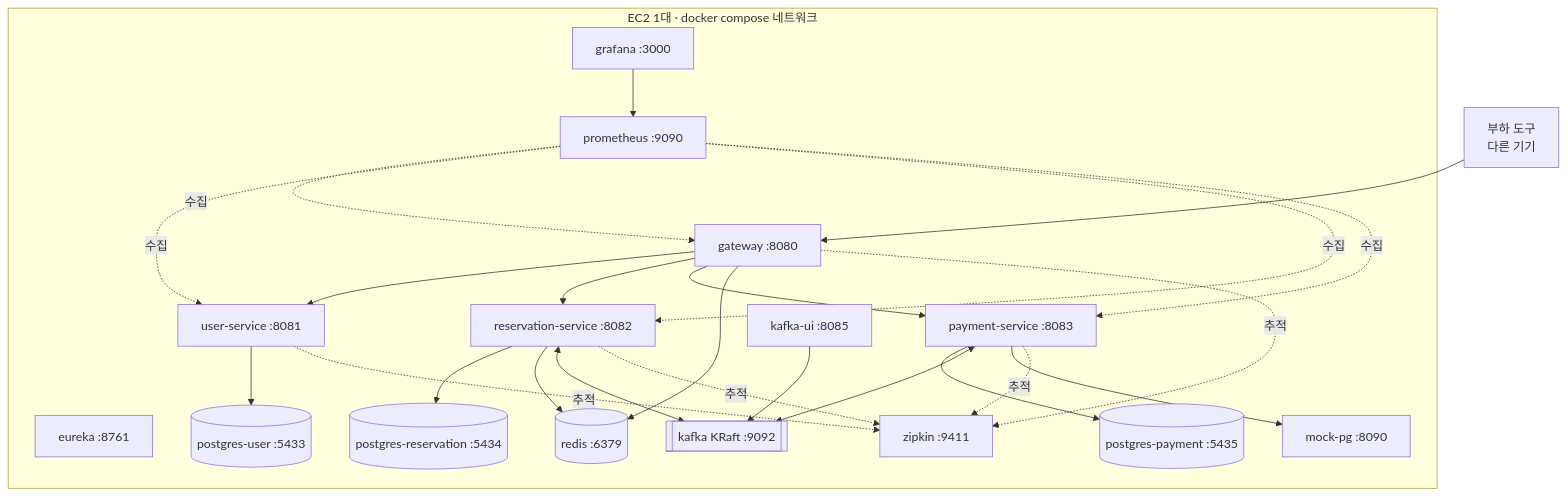
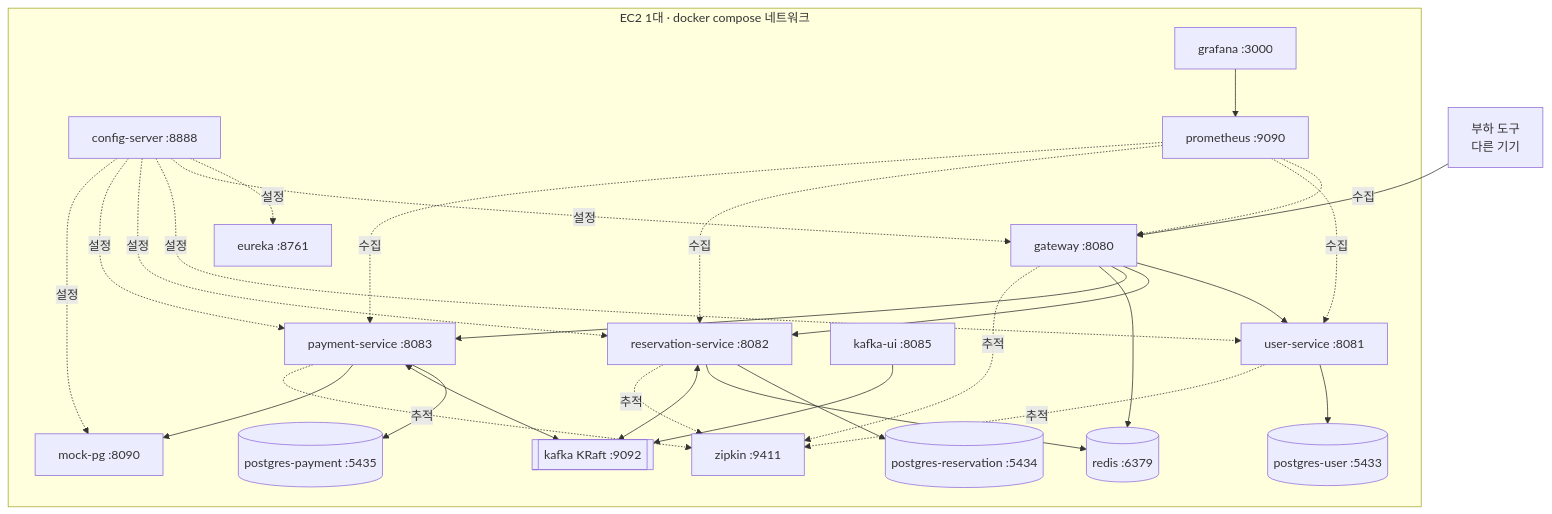
The fourth of 6 diagrams in docs/core/SA MASTER.md (iseonjwa/high-quality-ticketing-system), drawn with Mermaid before and after one commit. The commit also changed other lines of this file, not shown here.

Commit message:
docs(docs): SA MASTER에 Java 21과 Config Server, 인증 정책 반영

````diff
--- a/docs/core/SA MASTER.md
+++ b/docs/core/SA MASTER.md
@@ -590,34 +592,36 @@
 ```mermaid
 flowchart TB
   LT[부하 도구<br/>다른 기기] --> GW
   subgraph EC2[EC2 1대 · docker compose 네트워크]
     GW[gateway :8080]
     EU[eureka :8761]
+    CF[config-server :8888]
     US[user-service :8081]
     RS[reservation-service :8082]
     PS[payment-service :8083]
     MPG[mock-pg :8090]
     UDB[(postgres-user :5433)]
     RDB[(postgres-reservation :5434)]
     PDB[(postgres-payment :5435)]
     RD[(redis :6379)]
     KF[[kafka KRaft :9092]]
     KUI[kafka-ui :8085]
     PR[prometheus :9090]
     GR[grafana :3000]
     ZP[zipkin :9411]
   end
+  CF -.설정.-> EU & GW & US & RS & PS & MPG
   GW --> US & RS & PS
   US --> UDB
   RS --> RDB
   PS --> PDB
   GW --> RD
   RS --> RD
   RS <--> KF
   PS <--> KF
   PS --> MPG
   KUI --> KF
   PR -.수집.-> GW & US & RS & PS
   GR --> PR
   GW & US & RS & PS -.추적.-> ZP
 ```
````
